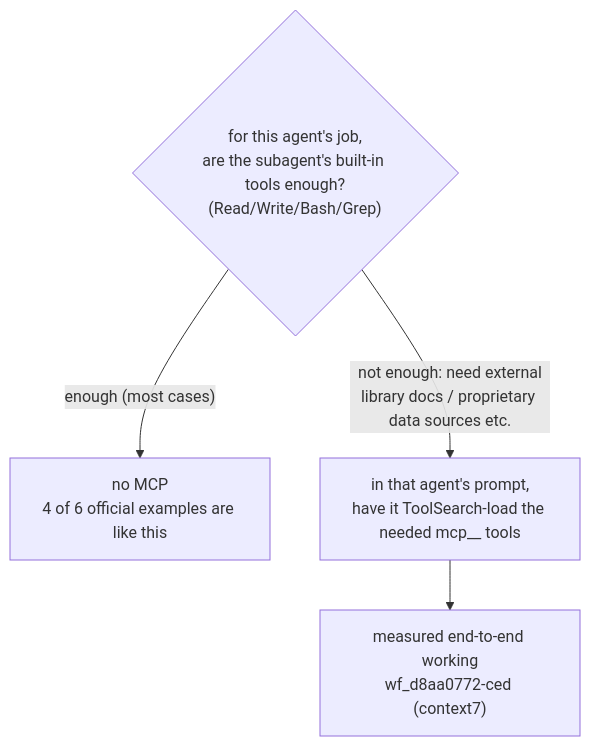
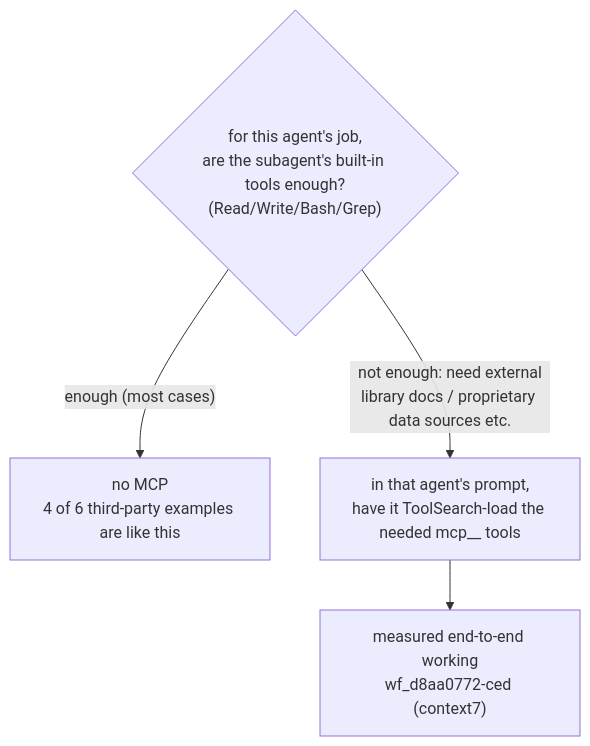
Before and after one commit to AGI-is-going-to-arrive/workflow-cookbook: the sixth of 6 diagrams in docs/en/p6-27-authoring.md, drawn with Mermaid. The commit also changed other lines of this file and 59 other files, not shown here.

````diff
--- a/docs/en/p6-27-authoring.md
+++ b/docs/en/p6-27-authoring.md
@@ -409,7 +409,7 @@
 ```mermaid
 flowchart TD
     Q{"for this agent's job,<br/>are the subagent's built-in tools enough?<br/>(Read/Write/Bash/Grep)"}
-    Q -->|"enough (most cases)"| N["no MCP<br/>4 of 6 official examples are like this"]
+    Q -->|"enough (most cases)"| N["no MCP<br/>4 of 6 third-party examples are like this"]
     Q -->|"not enough: need external<br/>library docs / proprietary data sources etc."| Y["in that agent's prompt,<br/>have it ToolSearch-load the needed mcp__ tools"]
     Y --> R["measured end-to-end working<br/>wf_d8aa0772-ced (context7)"]
 ```
````
